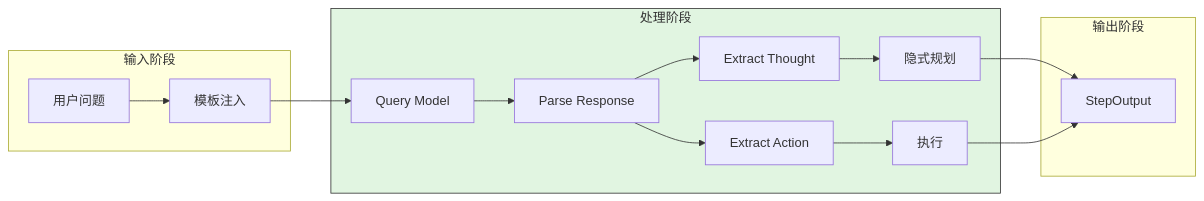
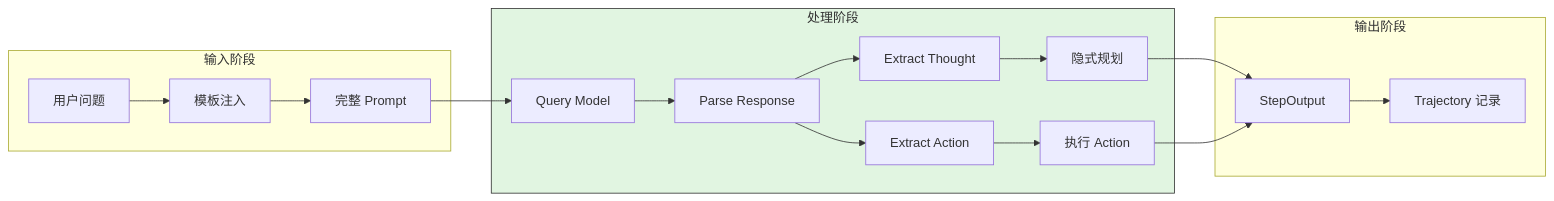
One commit to giraffe-tree/agent-base changed the fourth of 6 diagrams in docs/swe-agent/questions/swe-agent-plan-and-execute.md. Above: the diagram before and after it, drawn with Mermaid. The commit also changed other lines of this file and 155 other files, not shown here.

````diff
--- a/docs/swe-agent/questions/swe-agent-plan-and-execute.md
+++ b/docs/swe-agent/questions/swe-agent-plan-and-execute.md
@@ -166,24 +265,27 @@
 ```mermaid
 flowchart LR
     subgraph Input["输入阶段"]
         I1[用户问题] --> I2[模板注入]
+        I2 --> I3[完整 Prompt]
     end
 
     subgraph Process["处理阶段"]
         P1[Query Model] --> P2[Parse Response]
         P2 --> P3[Extract Thought]
         P2 --> P4[Extract Action]
         P3 --> P5[隐式规划]
-        P4 --> P6[执行]
+        P4 --> P6[执行 Action]
     end
 
     subgraph Output["输出阶段"]
         O1[StepOutput]
+        O2[Trajectory 记录]
     end
 
-    I2 --> P1
+    I3 --> P1
     P5 --> O1
     P6 --> O1
+    O1 --> O2
 
     style Process fill:#e1f5e1,stroke:#333
 ```
````
